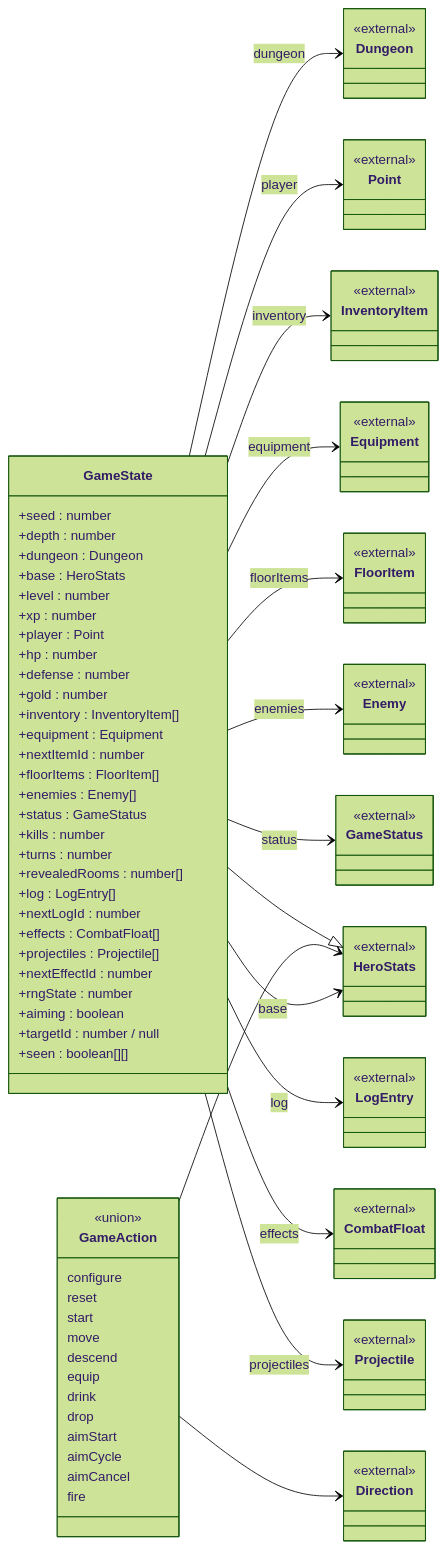
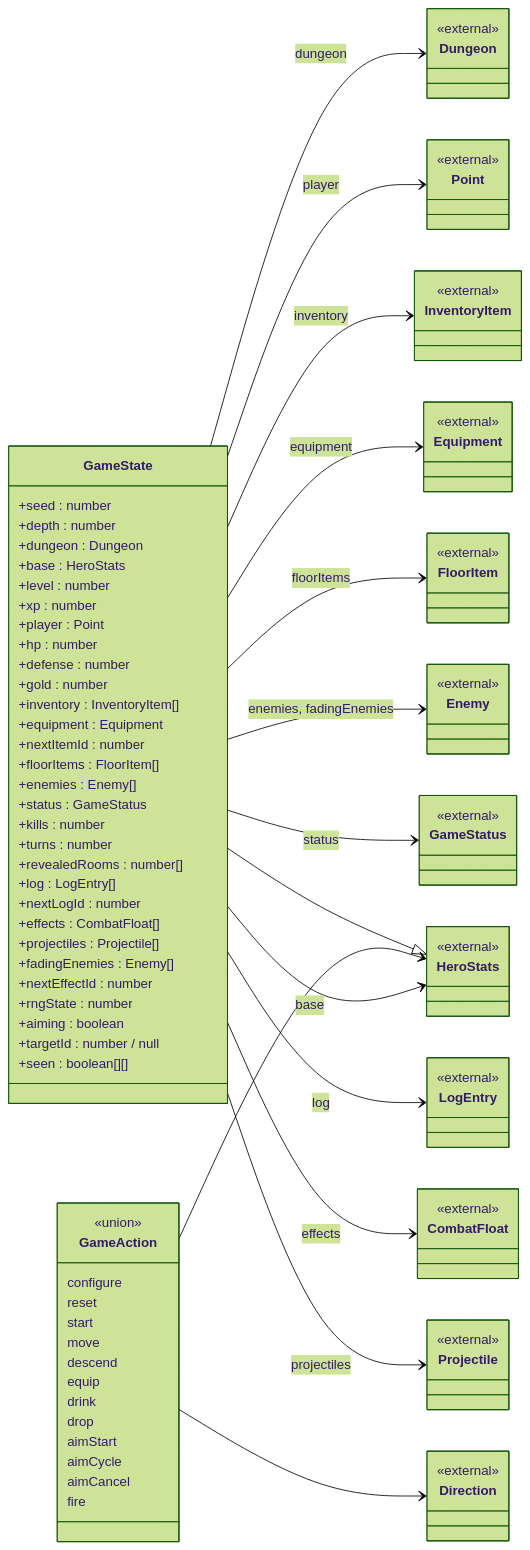
One commit to norarcasey/legends-of-noragon changed the second of 4 diagrams in docs/DOMAIN_MODEL.md. Above: the diagram before and after it, drawn with Mermaid (forest theme). The commit also changed other lines of this file and 10 other files, not shown here.

```diff
--- a/docs/DOMAIN_MODEL.md
+++ b/docs/DOMAIN_MODEL.md
@@ -247,6 +247,7 @@
     +nextLogId : number
     +effects : CombatFloat[]
     +projectiles : Projectile[]
+    +fadingEnemies : Enemy[]
     +nextEffectId : number
     +rngState : number
     +aiming : boolean
@@ -311,7 +312,7 @@
   GameState --> InventoryItem : inventory
   GameState --> Equipment : equipment
   GameState --> FloorItem : floorItems
-  GameState --> Enemy : enemies
+  GameState --> Enemy : enemies, fadingEnemies
   GameState --> GameStatus : status
   GameState --> LogEntry : log
   GameState --> CombatFloat : effects
```
